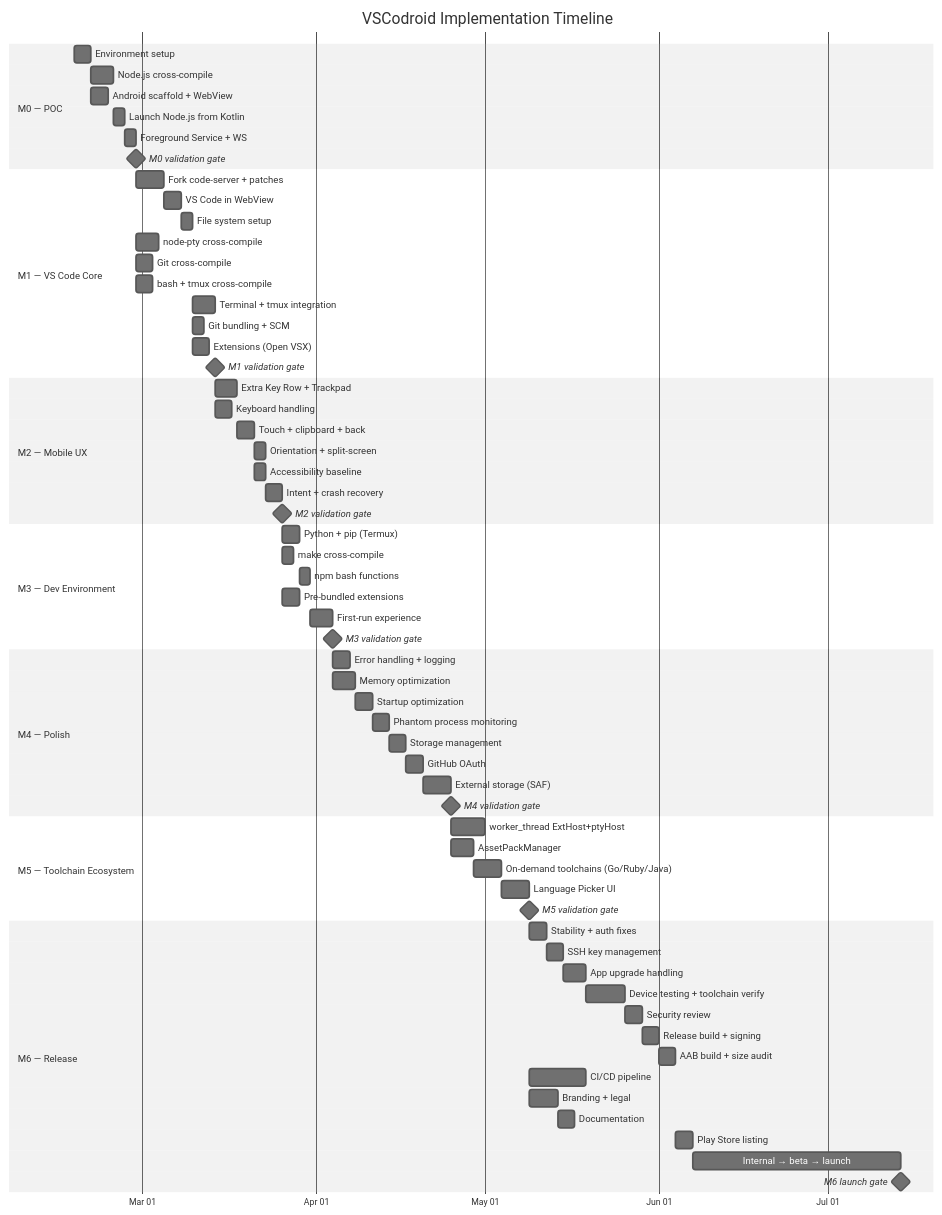
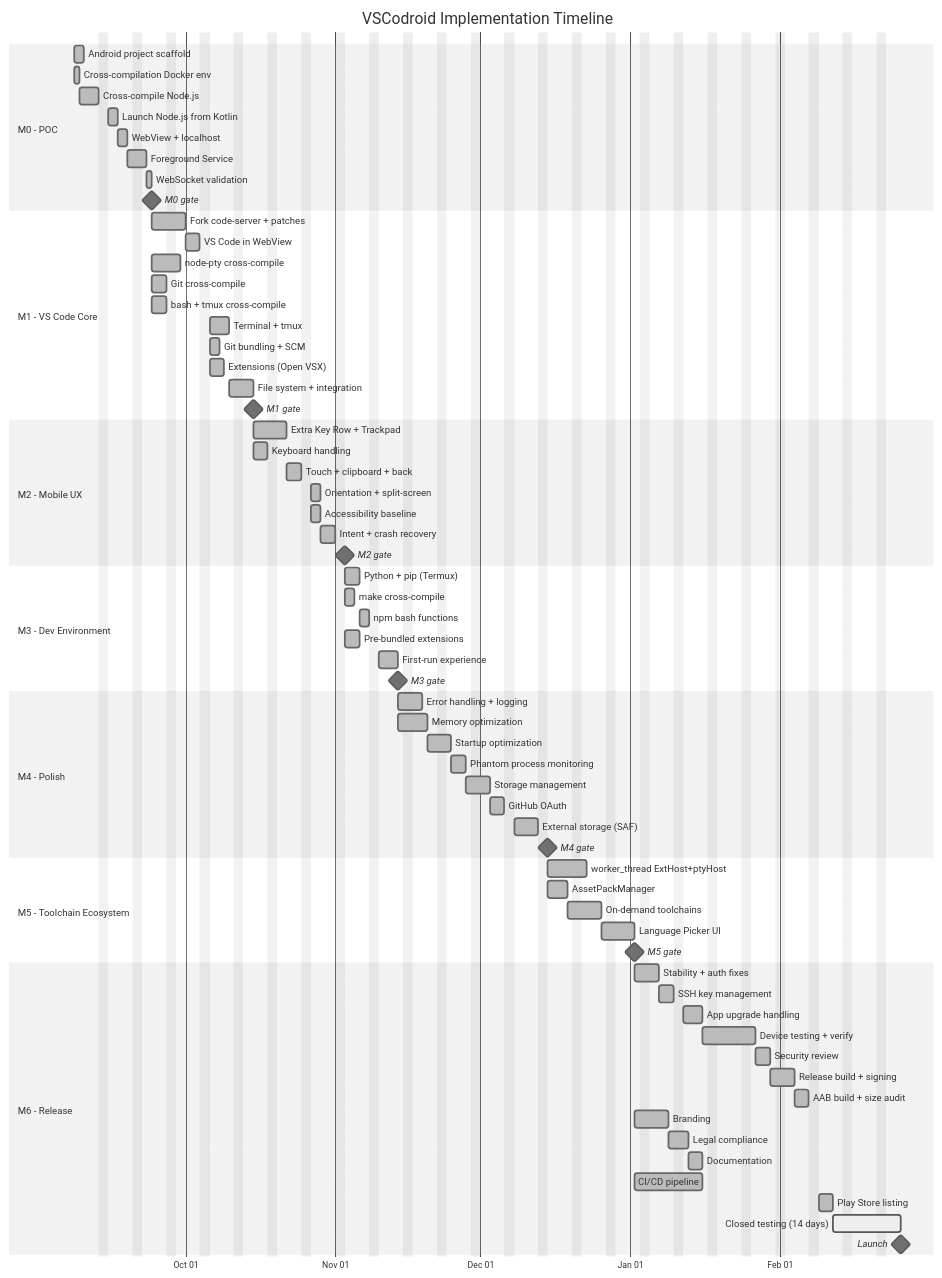
Before and after one commit to rmyndharis/VSCodroid: the first of 9 diagrams in docs/12-IMPLEMENTATION_PLAN.md, drawn with Mermaid (neutral theme). The commit also changed other lines of this file, not shown here.

First line of the commit message:
docs: fix Gantt chart timeline consistency and backdate to actual project history

````diff
--- a/docs/12-IMPLEMENTATION_PLAN.md
+++ b/docs/12-IMPLEMENTATION_PLAN.md
@@ -25,75 +28,80 @@
 ```mermaid
 gantt
   title VSCodroid Implementation Timeline
   dateFormat YYYY-MM-DD
   axisFormat %b %d
+  tickInterval 1month
+  excludes weekends
 
-  section M0 — POC
-    Environment setup           :m0a, 2026-02-17, 3d
-    Node.js cross-compile       :m0b, after m0a, 4d
-    Android scaffold + WebView  :m0c, after m0a, 3d
-    Launch Node.js from Kotlin  :m0d, after m0b m0c, 2d
-    Foreground Service + WS     :m0e, after m0d, 2d
-    M0 validation gate          :milestone, m0gate, after m0e, 0d
+  section M0 - POC
+    Android project scaffold           :done, m0t1, 2025-09-08, 2d
+    Cross-compilation Docker env       :done, m0t3, 2025-09-08, 1d
+    Cross-compile Node.js              :done, m0t2, after m0t3, 4d
+    Launch Node.js from Kotlin         :done, m0t4, after m0t1 m0t2, 2d
+    WebView + localhost                :done, m0t5, after m0t4, 2d
+    Foreground Service                 :done, m0t6, after m0t5, 2d
+    WebSocket validation               :done, m0t7, after m0t6, 1d
+    M0 gate                            :milestone, m0gate, after m0t7, 0d
 
-  section M1 — VS Code Core
-    Fork code-server + patches  :m1a, after m0gate, 5d
-    VS Code in WebView          :m1b, after m1a, 3d
-    File system setup           :m1c2, after m1b, 2d
-    node-pty cross-compile      :m1c, after m0gate, 4d
-    Git cross-compile           :m1d, after m0gate, 3d
-    bash + tmux cross-compile   :m1e, after m0gate, 3d
-    Terminal + tmux integration :m1f, after m1c2 m1c m1e, 4d
-    Git bundling + SCM          :m1g, after m1c2 m1d, 2d
-    Extensions (Open VSX)       :m1h, after m1c2, 3d
-    M1 validation gate          :milestone, m1gate, after m1f m1g m1h, 0d
+  section M1 - VS Code Core
+    Fork code-server + patches         :done, m1t1, after m0gate, 5d
+    VS Code in WebView                 :done, m1t2, after m1t1, 3d
+    node-pty cross-compile             :done, m1t3, after m0gate, 4d
+    Git cross-compile                  :done, m1t4, after m0gate, 3d
+    bash + tmux cross-compile          :done, m1t5, after m0gate, 3d
+    Terminal + tmux                    :done, m1t6, after m1t2 m1t3 m1t5, 4d
+    Git bundling + SCM                 :done, m1t7, after m1t2 m1t4, 2d
+    Extensions (Open VSX)              :done, m1t8, after m1t2, 3d
+    File system + integration          :done, m1t9, after m1t6 m1t7 m1t8, 3d
+    M1 gate                            :milestone, m1gate, after m1t9, 0d
 
-  section M2 — Mobile UX
-    Extra Key Row + Trackpad    :m2a, after m1gate, 4d
-    Keyboard handling           :m2b, after m1gate, 3d
-    Touch + clipboard + back    :m2c, after m2a m2b, 3d
-    Orientation + split-screen  :m2d, after m2c, 2d
-    Accessibility baseline      :m2e, after m2c, 2d
-    Intent + crash recovery     :m2f, after m2d m2e, 3d
-    M2 validation gate          :milestone, m2gate, after m2f, 0d
+  section M2 - Mobile UX
+    Extra Key Row + Trackpad           :done, m2t1, after m1gate, 5d
+    Keyboard handling                  :done, m2t2, after m1gate, 3d
+    Touch + clipboard + back           :done, m2t3, after m2t1 m2t2, 3d
+    Orientation + split-screen         :done, m2t4, after m2t3, 2d
+    Accessibility baseline             :done, m2t5, after m2t3, 2d
+    Intent + crash recovery            :done, m2t6, after m2t4 m2t5, 3d
+    M2 gate                            :milestone, m2gate, after m2t6, 0d
 
-  section M3 — Dev Environment
-    Python + pip (Termux)       :m3a, after m2gate, 3d
-    make cross-compile          :m3b, after m2gate, 2d
-    npm bash functions          :m3c, after m3a m3b, 2d
-    Pre-bundled extensions      :m3d, after m2gate, 3d
-    First-run experience        :m3e, after m3c m3d, 4d
-    M3 validation gate          :milestone, m3gate, after m3e, 0d
+  section M3 - Dev Environment
+    Python + pip (Termux)              :done, m3t1, after m2gate, 3d
+    make cross-compile                 :done, m3t2, after m2gate, 2d
+    npm bash functions                 :done, m3t3, after m3t1 m3t2, 2d
+    Pre-bundled extensions             :done, m3t4, after m2gate, 3d
+    First-run experience               :done, m3t5, after m3t3 m3t4, 4d
+    M3 gate                            :milestone, m3gate, after m3t5, 0d
 
-  section M4 — Polish
-    Error handling + logging    :m4a, after m3gate, 3d
-    Memory optimization         :m4b, after m3gate, 4d
-    Startup optimization        :m4c, after m4a m4b, 3d
-    Phantom process monitoring  :m4d, after m4c, 3d
-    Storage management          :m4e, after m4d, 3d
-    GitHub OAuth                :m4f, after m4e, 3d
-    External storage (SAF)      :m4g, after m4f, 5d
-    M4 validation gate          :milestone, m4gate, after m4g, 0d
+  section M4 - Polish
+    Error handling + logging           :done, m4t1, after m3gate, 3d
+    Memory optimization                :done, m4t2, after m3gate, 4d
+    Startup optimization               :done, m4t3, after m4t1 m4t2, 3d
+    Phantom process monitoring         :done, m4t4, after m4t3, 3d
+    Storage management                 :done, m4t5, after m4t4, 3d
+    GitHub OAuth                       :done, m4t6, after m4t5, 3d
+    External storage (SAF)             :done, m4t7, after m4t6, 5d
+    M4 gate                            :milestone, m4gate, after m4t7, 0d
 
-  section M5 — Toolchain Ecosystem
-    worker_thread ExtHost+ptyHost :m5a, after m4gate, 6d
-    AssetPackManager            :m5b, after m4gate, 4d
-    On-demand toolchains (Go/Ruby/Java) :m5c, after m5b, 5d
-    Language Picker UI          :m5d, after m5c, 5d
-    M5 validation gate          :milestone, m5gate, after m5a m5d, 0d
+  section M5 - Toolchain Ecosystem
+    worker_thread ExtHost+ptyHost      :done, m5t1, after m4gate, 6d
+    AssetPackManager                   :done, m5t2, after m4gate, 4d
+    On-demand toolchains               :done, m5t3, after m5t2, 5d
+    Language Picker UI                 :done, m5t4, after m5t3 m5t1, 5d
+    M5 gate                            :milestone, m5gate, after m5t4, 0d
 
-  section M6 — Release
-    Stability + auth fixes      :m6a0, after m5gate, 3d
-    SSH key management          :m6a, after m6a0, 3d
-    App upgrade handling        :m6a2, after m6a, 4d
-    Device testing + toolchain verify :m6b, after m6a2, 7d
-    Security review             :m6b2, after m6b, 3d
-    Release build + signing     :m6b3, after m6b2, 3d
-    AAB build + size audit      :m6b4, after m6b3, 3d
-    CI/CD pipeline              :m6c, after m5gate, 10d
-    Branding + legal            :m6d, after m5gate, 5d
-    Documentation               :m6e, after m6d, 3d
-    Play Store listing          :m6f, after m6d m6e m6b4 m6c, 3d
-    Internal → beta → launch   :m6h, after m6f, 37d
-    M6 launch gate              :milestone, m6gate, after m6h, 0d
+  section M6 - Release
+    Stability + auth fixes             :done, m6t1, after m5gate, 3d
+    SSH key management                 :done, m6t2, after m6t1, 3d
+    App upgrade handling               :done, m6t3, after m6t2, 4d
+    Device testing + verify            :done, m6t4, after m6t3, 7d
+    Security review                    :done, m6t5, after m6t4, 3d
+    Release build + signing            :done, m6t6, after m6t5, 3d
+    AAB build + size audit             :done, m6t7, after m6t6, 3d
+    Branding                           :done, m6t8, after m5gate, 5d
+    Legal compliance                   :done, m6t9, after m6t8, 2d
+    Documentation                      :done, m6t10, after m6t9, 3d
+    CI/CD pipeline                     :done, m6t11, after m5gate, 10d
+    Play Store listing                 :done, m6t12, after m6t7 m6t10 m6t11, 3d
+    Closed testing (14 days)           :active, m6t13, after m6t12, 10d
+    Launch                             :milestone, launch, after m6t13, 0d
 ```
````
